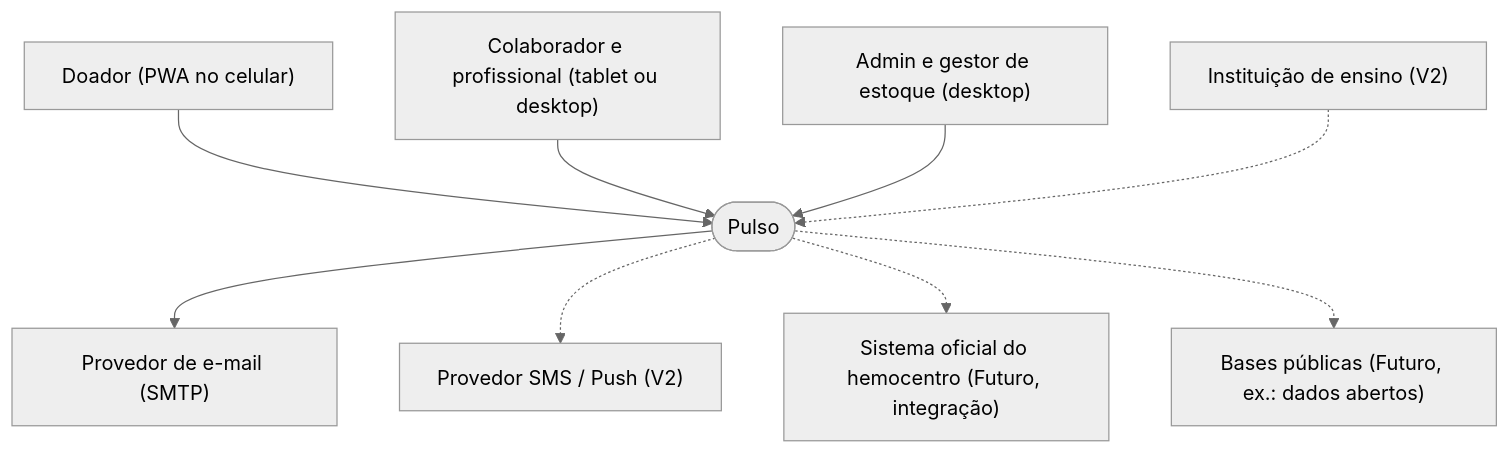
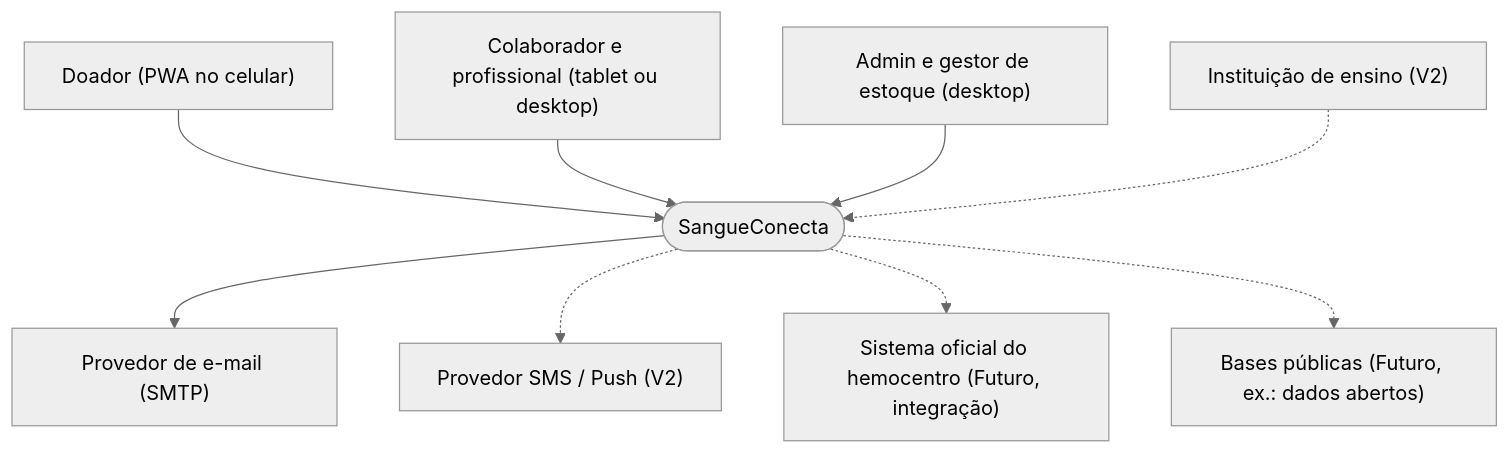
Before and after one commit to LabdoGui/Aplicativo-Refer-ncia-Pou-: the first of 3 diagrams in docs/06-arquitetura.md, drawn with Mermaid (neutral theme). The commit also changed 100 other files, not shown here.

First line of the commit message:
Troca a marca para SangueConecta (nome, logo e slogan) (#5)

````diff
--- a/docs/06-arquitetura.md
+++ b/docs/06-arquitetura.md
@@ -39,21 +39,21 @@
 ```mermaid
 flowchart TB
     D["Doador (PWA no celular)"]
     PR["Colaborador e profissional (tablet ou desktop)"]
     AD["Admin e gestor de estoque (desktop)"]
     IE["Instituição de ensino (V2)"]
-    P(["Pulso"])
+    P(["SangueConecta"])
     EM["Provedor de e-mail (SMTP)"]
     SMS["Provedor SMS / Push (V2)"]
     HS["Sistema oficial do hemocentro (Futuro, integração)"]
     DP["Bases públicas (Futuro, ex.: dados abertos)"]
 
     D --> P
     PR --> P
     AD --> P
     IE -.-> P
     P --> EM
     P -.-> SMS
     P -.-> HS
     P -.-> DP
 ```
````
